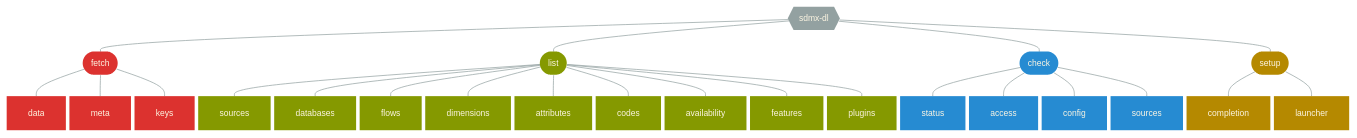
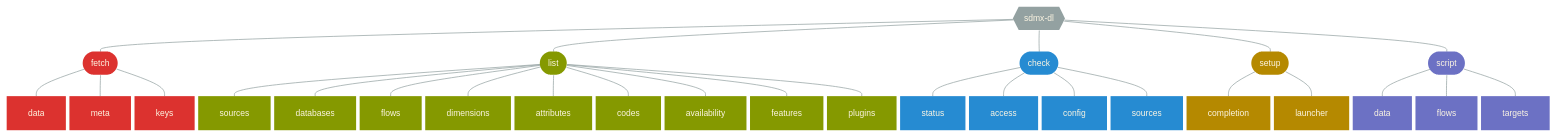
The diagram in docs/content/cli/usage.md (nbbrd/sdmx-dl), drawn with Mermaid before and after one commit. The commit also changed other lines of this file and 110 other files, not shown here.

````diff
--- a/docs/content/cli/usage.md
+++ b/docs/content/cli/usage.md
@@ -23,46 +23,54 @@
 ```mermaid
 %%{init:{'themeVariables': {'textColor': '#fdf6e3', 'fontSize': '12px'},'flowchart':{'nodeSpacing': 5, 'rankSpacing': 30}}}%%
 flowchart TB
     r{{sdmx-dl}}
     r --- f([fetch]) --- data & meta & keys
     r --- l([list]) --- sources & databases & flows & dimensions & attributes & codes & availability & features & plugins
     r --- c([check]) --- status & access & config & xsources[sources]
     r --- s([setup]) --- completion & launcher
+    r --- x([script]) --- xdata[data] & xflows[flows] & targets
 
     classDef default fill:#93a1a1,stroke-width:0px 
     linkStyle default stroke:#93a1a1
  
     classDef fx fill:#dc322f
     class f,data,meta,keys fx;
     click f "#fetch" "fetch command"
     click data "#fetch-data" "fetch data command"
     click meta "#fetch-meta" "fetch meta command"
     click keys "#fetch-keys" "fetch keys command"
    
     classDef lx fill:#859900
     class l,sources,databases,flows,dimensions,attributes,codes,availability,features,plugins lx;
     click l "#list" "list command"
     click sources "#list-sources" "list sources command"
     click databases "#list-databases" "list databases command"
     click flows "#list-flows" "list flows command"
     click dimensions "#list-dimensions" "list dimensions command"
     click attributes "#list-attributes" "list attributes command"
     click codes "#list-codes" "list codes command"
     click availability "#list-availability" "list availability command"
     click features "#list-features" "list features command"
     click plugins "#list-plugins" "list plugins command"
 
     classDef cx fill:#268bd2
     class c,status,access,config,xsources cx;
     click c "#check" "check command"
     click status "#check-status" "check status command"
     click access "#check-access" "check access command"
     click config "#check-config" "check config command"
     click xsources "#check-sources" "check sources command"
     
     classDef sx fill:#b58900
     class s,completion,launcher sx;
     click s "#setup" "setup command"
     click completion "#setup-completion" "setup completion command"
     click launcher "#setup-launcher" "setup launcher command"
+
+    classDef xx fill:#6c71c4
+    class x,xdata,xflows,targets xx;
+    click x "#script" "script command"
+    click xdata "#script-data" "script data command"
+    click xflows "#script-flows" "script flows command"
+    click targets "#script-targets" "script targets command"
 ```
````
